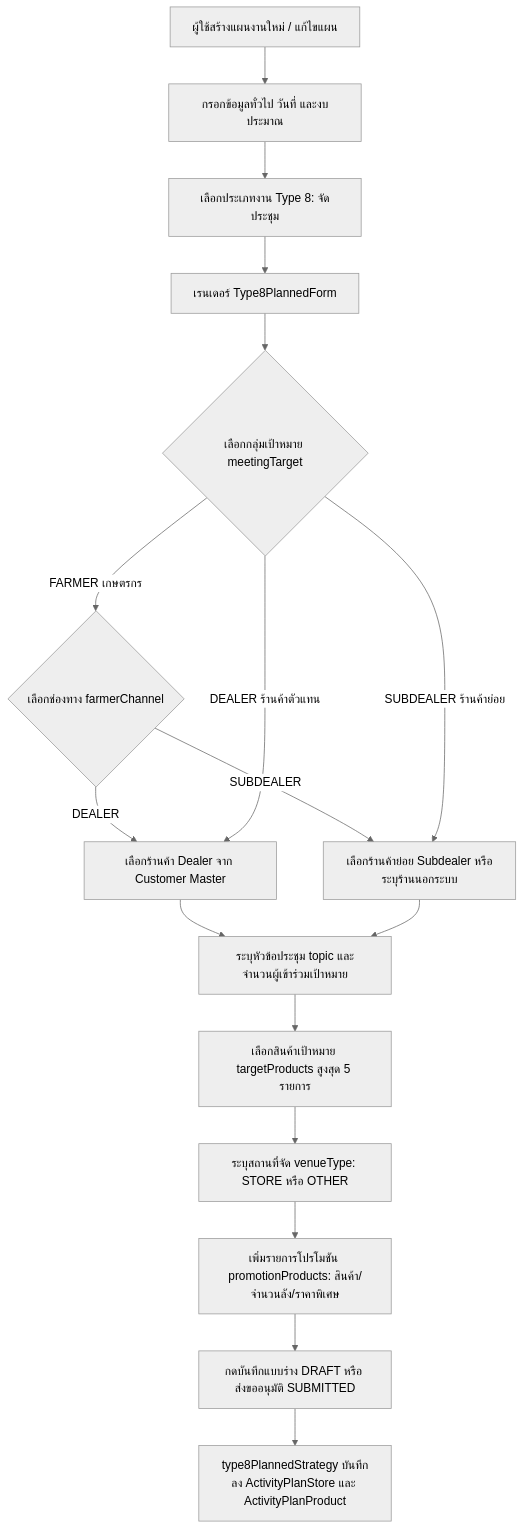
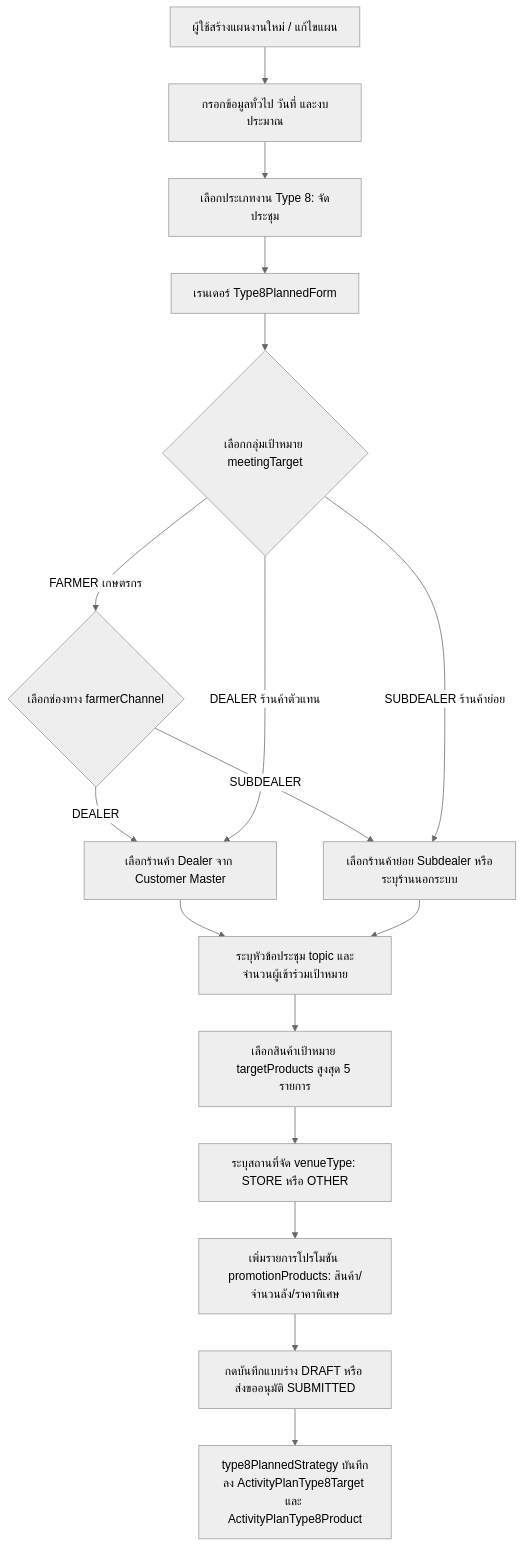
One commit to bankhk10/crm-bank changed the first of 3 diagrams in modules/activity/features/type-8/README.md. Above: the diagram before and after it, drawn with Mermaid (neutral theme). The commit also changed other lines of this file and 12 other files, not shown here.

````diff
--- a/modules/activity/features/type-8/README.md
+++ b/modules/activity/features/type-8/README.md
@@ -48,19 +48,19 @@
 ```mermaid
 graph TD
     A[ผู้ใช้สร้างแผนงานใหม่ / แก้ไขแผน] --> B[กรอกข้อมูลทั่วไป วันที่ และงบประมาณ]
     B --> C[เลือกประเภทงาน Type 8: จัดประชุม]
     C --> D[เรนเดอร์ Type8PlannedForm]
     D --> E{เลือกกลุ่มเป้าหมาย meetingTarget}
     E -->|FARMER เกษตรกร| F{เลือกช่องทาง farmerChannel}
     F -->|DEALER| G[เลือกร้านค้า Dealer จาก Customer Master]
     F -->|SUBDEALER| H[เลือกร้านค้าย่อย Subdealer หรือระบุร้านนอกระบบ]
     E -->|DEALER ร้านค้าตัวแทน| G
     E -->|SUBDEALER ร้านค้าย่อย| H
     G --> I[ระบุหัวข้อประชุม topic และจำนวนผู้เข้าร่วมเป้าหมาย]
     H --> I
     I --> J[เลือกสินค้าเป้าหมาย targetProducts สูงสุด 5 รายการ]
     J --> K[ระบุสถานที่จัด venueType: STORE หรือ OTHER]
     K --> L[เพิ่มรายการโปรโมชัน promotionProducts: สินค้า/จำนวนลัง/ราคาพิเศษ]
     L --> M[กดบันทึกแบบร่าง DRAFT หรือ ส่งขออนุมัติ SUBMITTED]
-    M --> N[type8PlannedStrategy บันทึกลง ActivityPlanStore และ ActivityPlanProduct]
+    M --> N[type8PlannedStrategy บันทึกลง ActivityPlanType8Target และ ActivityPlanType8Product]
 ```
````
